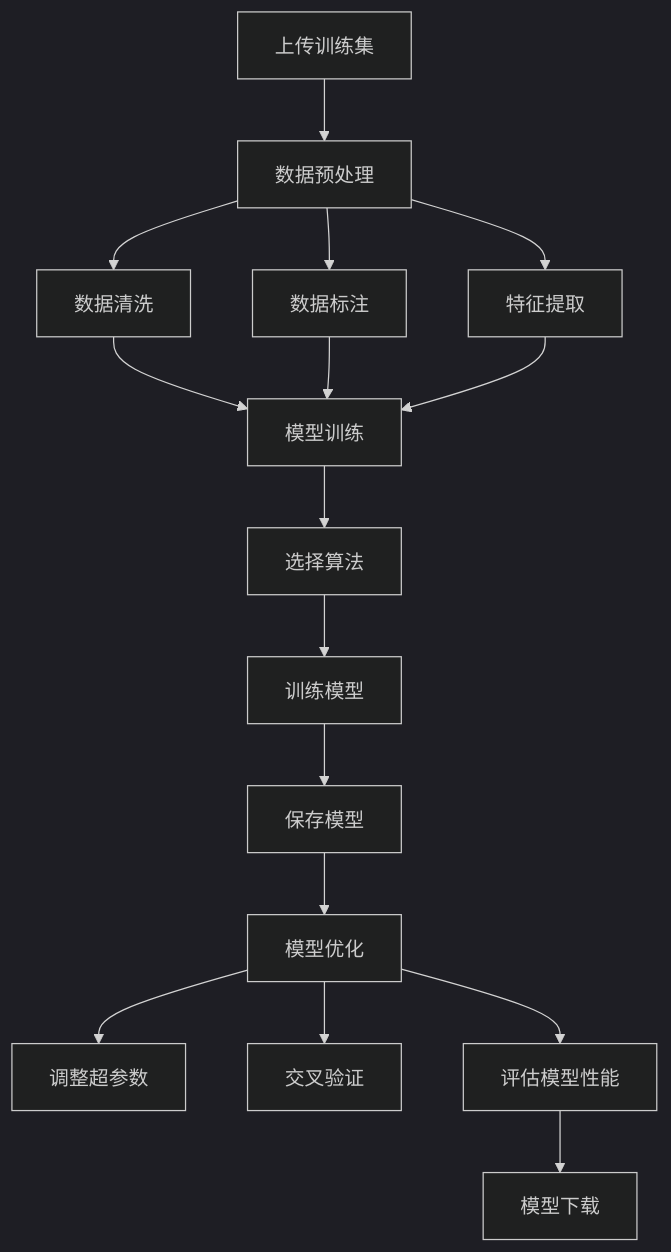
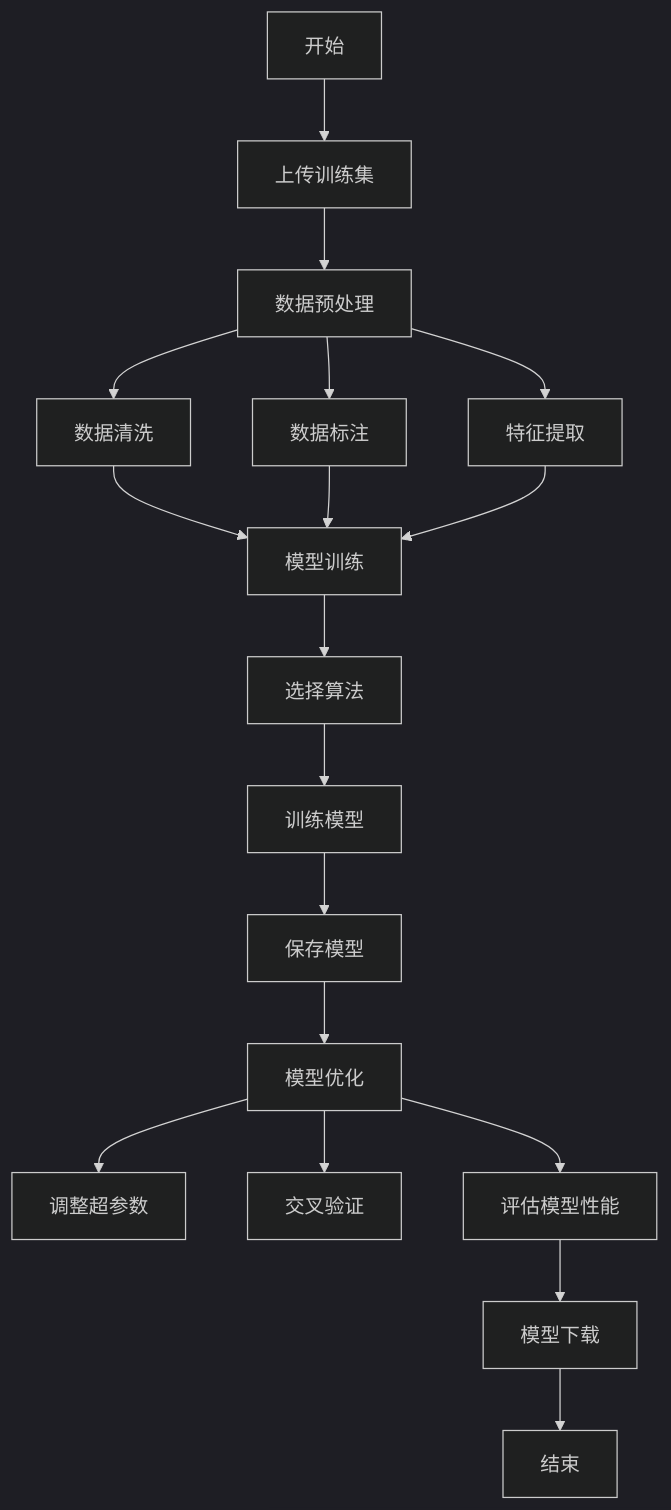
Before and after one commit to zizairufeng/iodraw-files: the diagram in all/未命名.md, drawn with Mermaid (dark theme).

Commit message:
2025-03-23 16:15:06 update

````diff
--- a/all/未命名.md
+++ b/all/未命名.md
@@ -1,18 +1,20 @@
 ```mermaid
 graph TD
-    A[上传训练集] --> B[数据预处理]
+    Start[开始] --> A[上传训练集]
+    A --> B[数据预处理]
     B --> C[数据清洗]
     B --> D[数据标注]
     B --> E[特征提取]
     C --> F[模型训练]
     D --> F[模型训练]
     E --> F[模型训练]
     F --> G[选择算法]
     G --> H[训练模型]
     H --> I[保存模型]
     I --> J[模型优化]
     J --> K[调整超参数]
     J --> L[交叉验证]
     J --> M[评估模型性能]
     M --> N[模型下载]
+    N --> End[结束]
 ```
````
